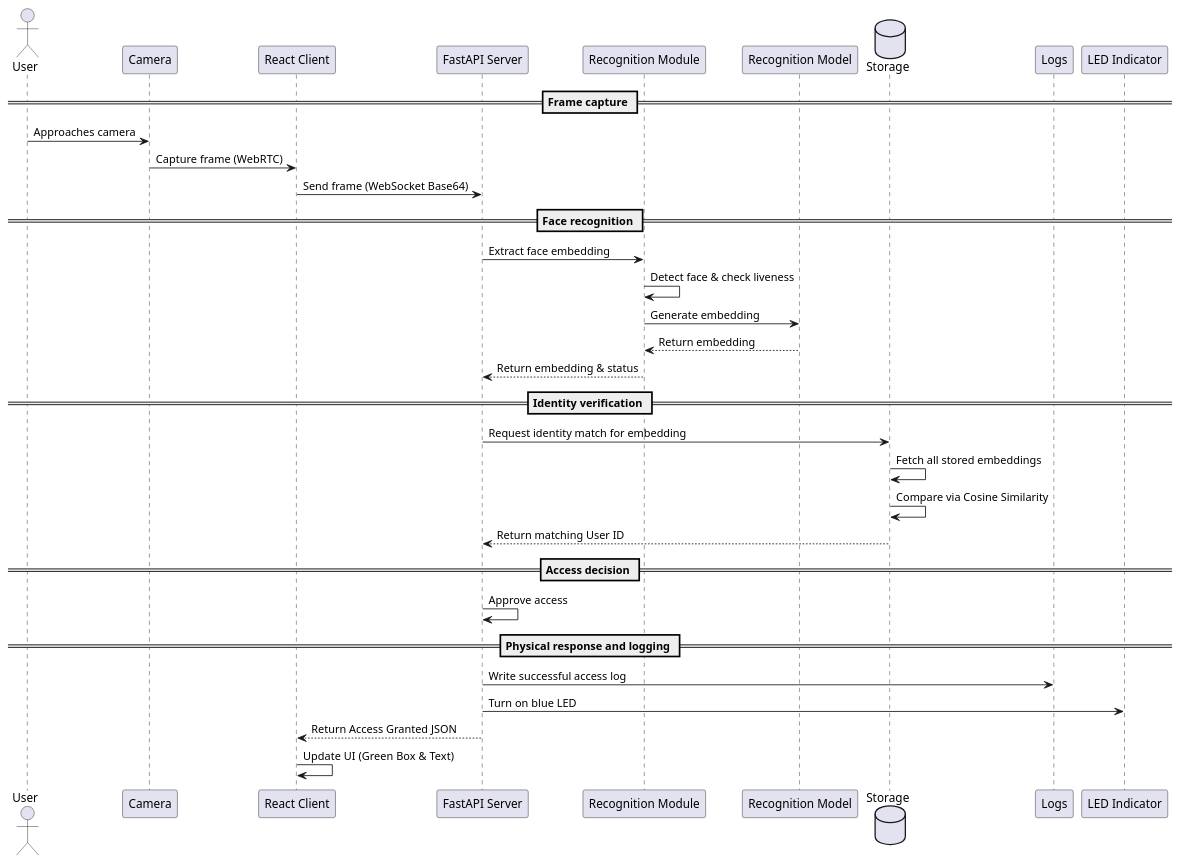
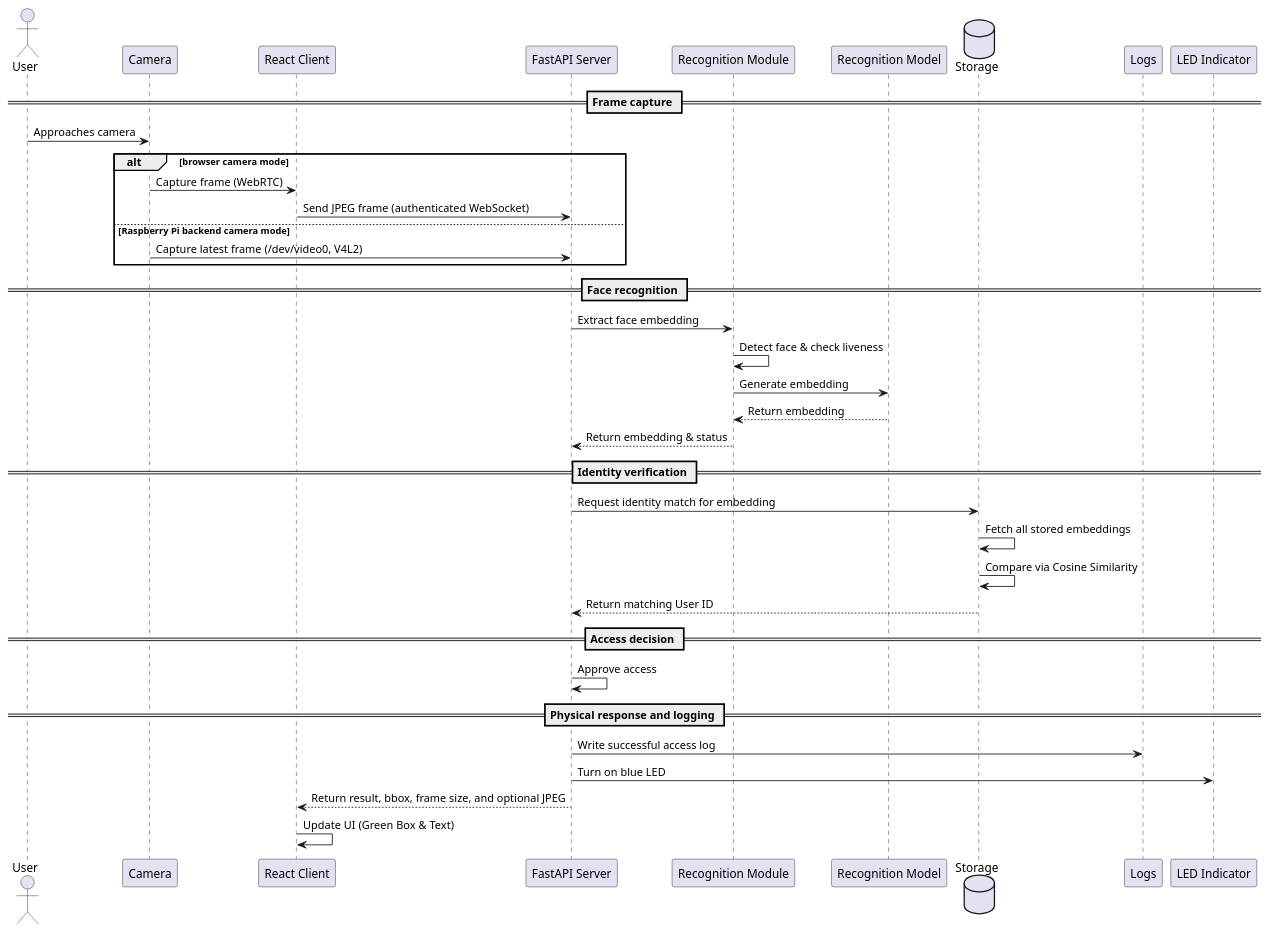
One commit to Innopolis-Robotics-Society/FaceGuardV3 changed the diagram in docs/architecture/dynamic-view/sequence-diagram.puml. Above: the diagram before and after it, drawn with PlantUML. The commit also changed 56 other files, not shown here.

Commit message:
fix: complete Raspberry Pi camera integration

```diff
--- a/docs/architecture/dynamic-view/sequence-diagram.puml
+++ b/docs/architecture/dynamic-view/sequence-diagram.puml
@@ -1,40 +1,44 @@
 @startuml dynamic-view
 
 actor User
 participant Camera
 participant "React Client" as Client
 participant "FastAPI Server" as Server
 participant "Recognition Module" as Recognition
 participant "Recognition Model" as Model
 database Storage
 participant Logs
 participant "LED Indicator" as LED
 
 == Frame capture ==
 User -> Camera: Approaches camera
-Camera -> Client: Capture frame (WebRTC)
-Client -> Server: Send frame (WebSocket Base64)
+alt browser camera mode
+    Camera -> Client: Capture frame (WebRTC)
+    Client -> Server: Send JPEG frame (authenticated WebSocket)
+else Raspberry Pi backend camera mode
+    Camera -> Server: Capture latest frame (/dev/video0, V4L2)
+end
 
 == Face recognition ==
 Server -> Recognition: Extract face embedding
 Recognition -> Recognition: Detect face & check liveness
 Recognition -> Model: Generate embedding
 Model --> Recognition: Return embedding
 Recognition --> Server: Return embedding & status
 
 == Identity verification ==
 Server -> Storage: Request identity match for embedding
 Storage -> Storage: Fetch all stored embeddings
 Storage -> Storage: Compare via Cosine Similarity
 Storage --> Server: Return matching User ID
 
 == Access decision ==
 Server -> Server: Approve access
 
 == Physical response and logging ==
 Server -> Logs: Write successful access log
 Server -> LED: Turn on blue LED
-Server --> Client: Return Access Granted JSON
+Server --> Client: Return result, bbox, frame size, and optional JPEG
 Client -> Client: Update UI (Green Box & Text)
 
 @enduml
```
